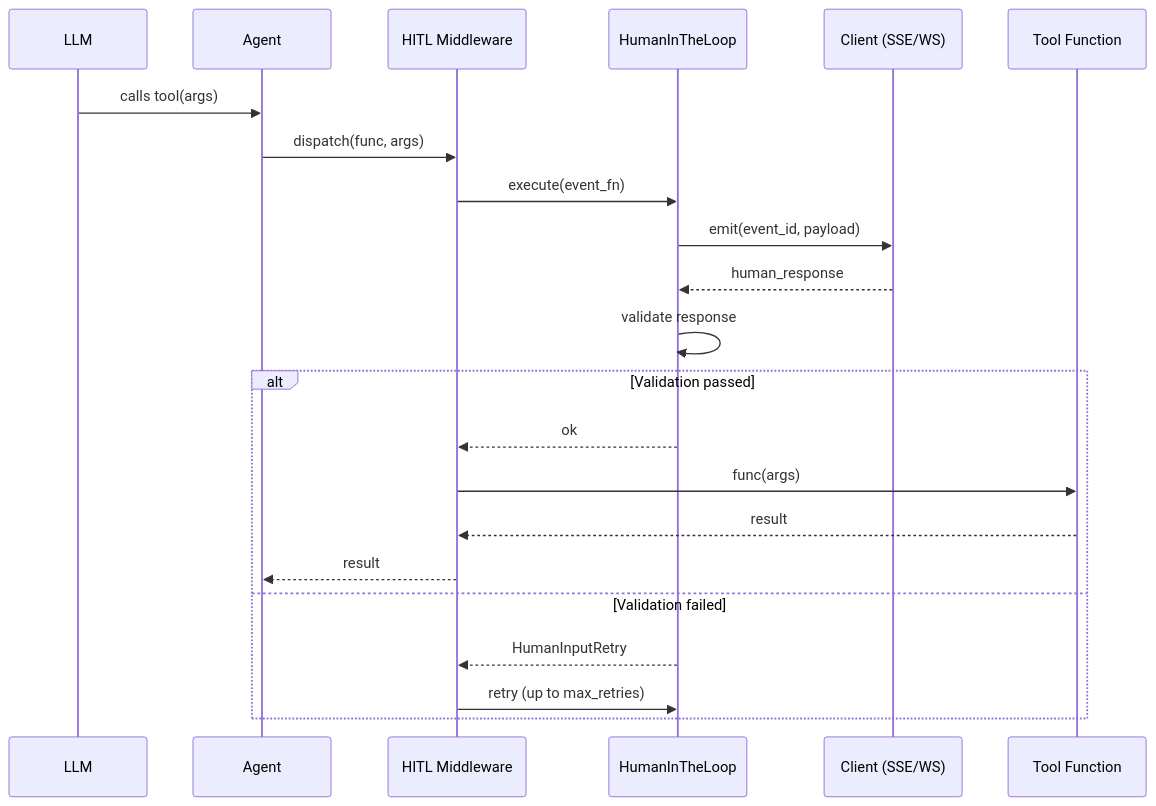
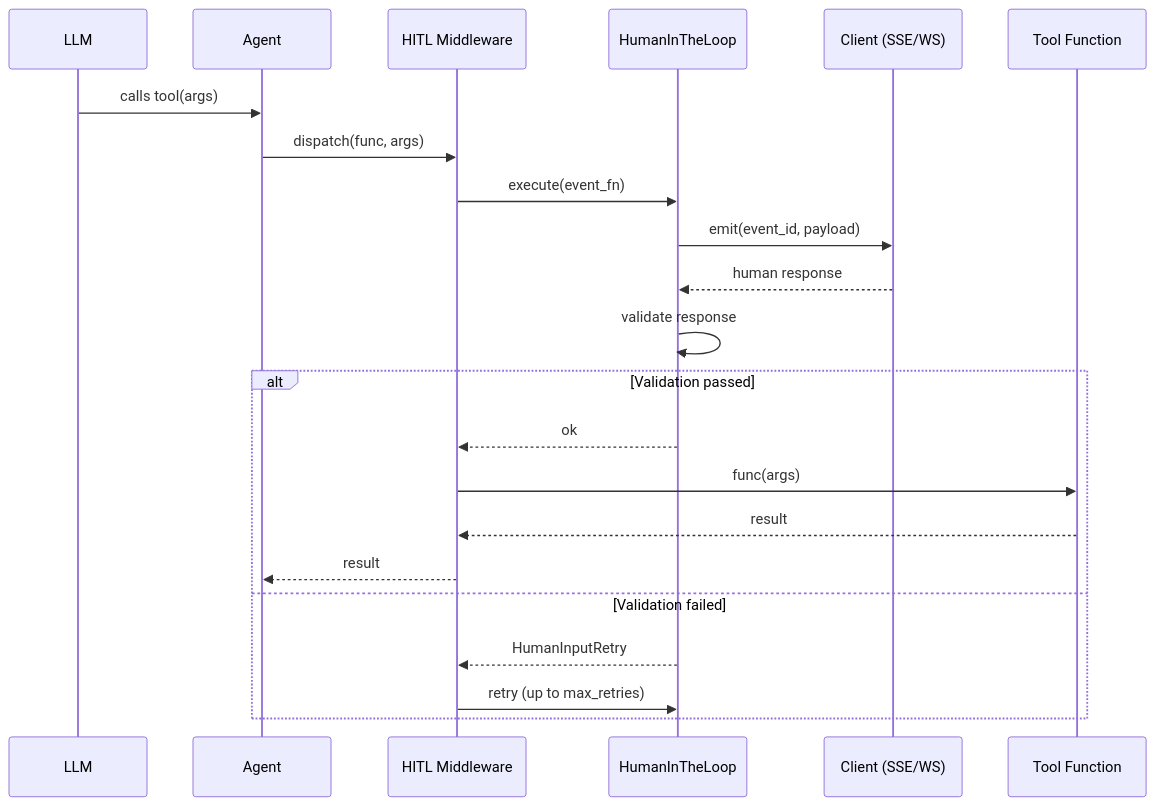
The diagram in README.md (Davidmg5k/ToToolManager), drawn with Mermaid before and after one commit. The commit also changed other lines of this file, not shown here.

````diff
--- a/README.md
+++ b/README.md
@@ -257,25 +929,25 @@
 ```mermaid
 sequenceDiagram
     participant LLM
     participant Agent
-    participant HITL_MW as HITL Middleware
-    participant HITL as HumanInTheLoop
+    participant MW as HITL Middleware
+    participant H as HumanInTheLoop
     participant Client as Client (SSE/WS)
     participant Tool as Tool Function
 
     LLM->>Agent: calls tool(args)
-    Agent->>HITL_MW: dispatch(func, args)
-    HITL_MW->>HITL: execute(event_fn)
-    HITL->>Client: emit(event_id, payload)
-    Client-->>HITL: human_response
-    HITL->>HITL: validate response
+    Agent->>MW: dispatch(func, args)
+    MW->>H: execute(event_fn)
+    H->>Client: emit(event_id, payload)
+    Client-->>H: human response
+    H->>H: validate response
     alt Validation passed
-        HITL-->>HITL_MW: ok
-        HITL_MW->>Tool: func(args)
-        Tool-->>HITL_MW: result
-        HITL_MW-->>Agent: result
+        H-->>MW: ok
+        MW->>Tool: func(args)
+        Tool-->>MW: result
+        MW-->>Agent: result
     else Validation failed
-        HITL-->>HITL_MW: HumanInputRetry
-        HITL_MW->>HITL: retry (up to max_retries)
+        H-->>MW: HumanInputRetry
+        MW->>H: retry (up to max_retries)
     end
 ```
````
